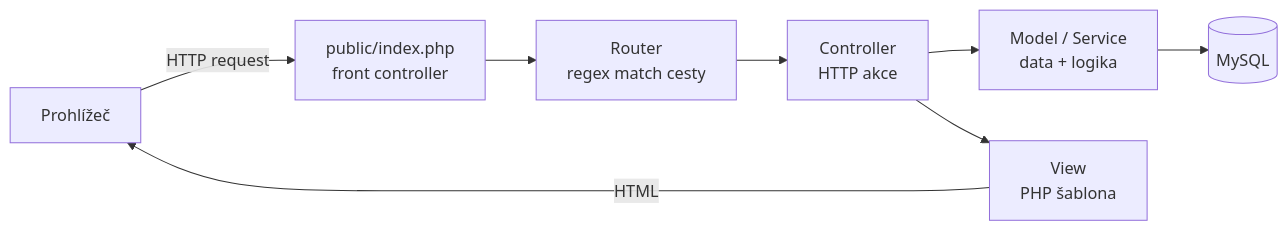
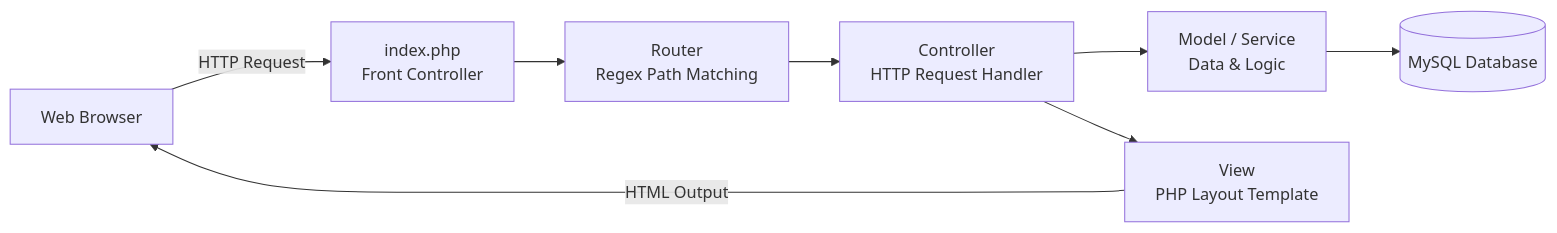
One commit to janvrzal/meeple-up changed the first of 2 diagrams in docs/architecture.md. Above: the diagram before and after it, drawn with Mermaid. The commit also changed other lines of this file and 21 other files, not shown here.

````diff
--- a/docs/architecture.md
+++ b/docs/architecture.md
@@ -9,10 +11,10 @@
 ```mermaid
 flowchart LR
-    B[Prohlížeč] -->|HTTP request| FC[public/index.php<br/>front controller]
-    FC --> R[Router<br/>regex match cesty]
-    R --> C[Controller<br/>HTTP akce]
-    C --> M[Model / Service<br/>data + logika]
-    M --> DB[(MySQL)]
-    C --> V[View<br/>PHP šablona]
-    V -->|HTML| B
+    Browser[Web Browser] -->|HTTP Request| FC[index.php<br/>Front Controller]
+    FC --> Router[Router<br/>Regex Path Matching]
+    Router --> Controller[Controller<br/>HTTP Request Handler]
+    Controller --> ModelService[Model / Service<br/>Data & Logic]
+    ModelService --> DB[(MySQL Database)]
+    Controller --> View[View<br/>PHP Layout Template]
+    View -->|HTML Output| Browser
 ```
````
